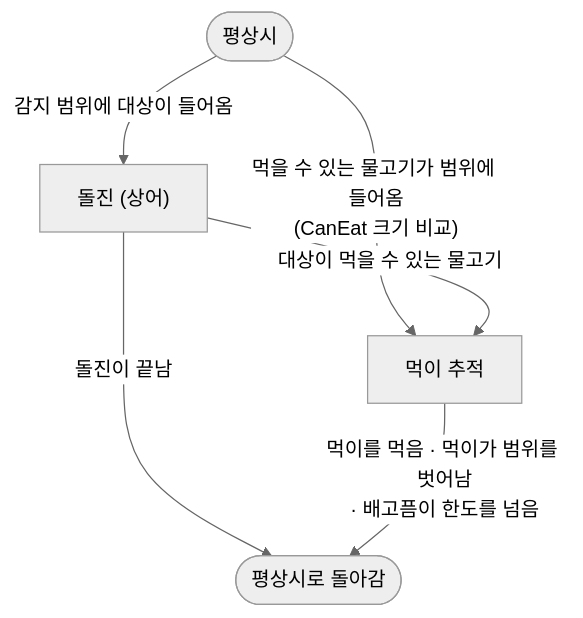
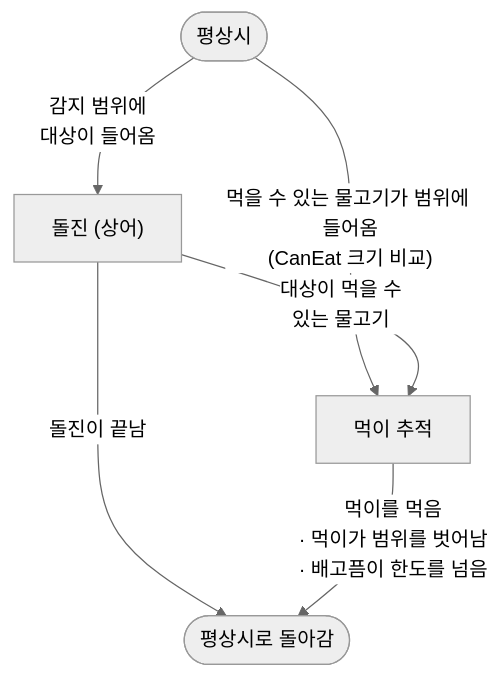
Diagram 12 of 12 in src/02-WeGotOne/프로젝트문서.md (SaGiKun4/portfolio-SaGiKun4), drawn with Mermaid (neutral theme) before and after one commit. The commit also changed other lines of this file and 8 other files, not shown here.

First line of the commit message:
슬라이드 정리: WeGotOne 5.2·6.2·7.2 시각 자료 키우기, MagiCard 다이어그램 가로

````diff
--- a/src/02-WeGotOne/프로젝트문서.md
+++ b/src/02-WeGotOne/프로젝트문서.md
@@ -515,12 +517,13 @@
 ```mermaid
+%% deck: LR
 flowchart TB
     N(["평상시"])
     D["돌진 (상어)"]
     B["먹이 추적"]
     R(["평상시로 돌아감"])
-    N -->|"감지 범위에 대상이 들어옴"| D
+    N -->|"감지 범위에<br/>대상이 들어옴"| D
     N -->|"먹을 수 있는 물고기가 범위에 들어옴<br/>(CanEat 크기 비교)"| B
-    D -->|"대상이 먹을 수 있는 물고기"| B
+    D -->|"대상이 먹을 수<br/>있는 물고기"| B
     D -->|"돌진이 끝남"| R
-    B -->|"먹이를 먹음 · 먹이가 범위를 벗어남<br/>· 배고픔이 한도를 넘음"| R
+    B -->|"먹이를 먹음<br/>· 먹이가 범위를 벗어남<br/>· 배고픔이 한도를 넘음"| R
 ```
````
